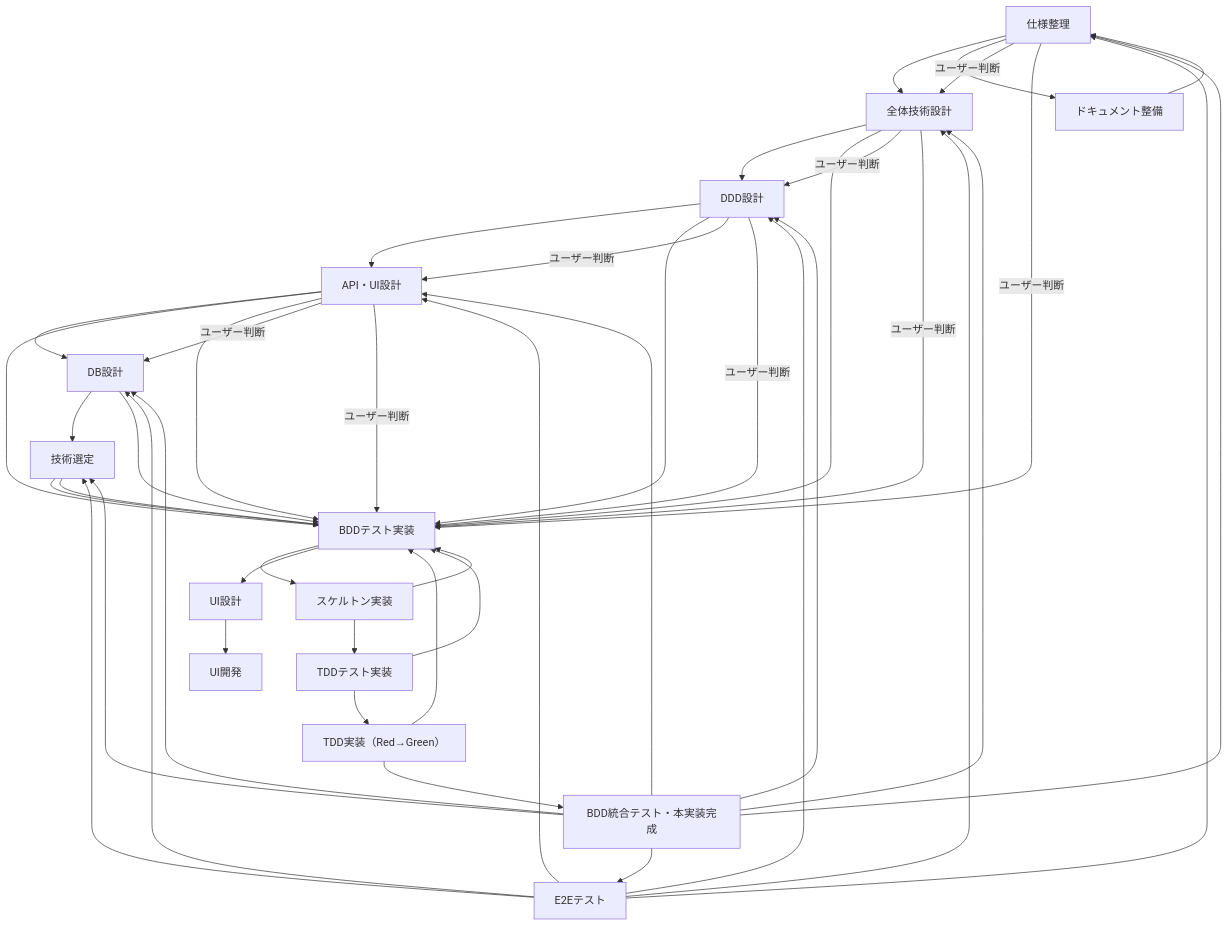
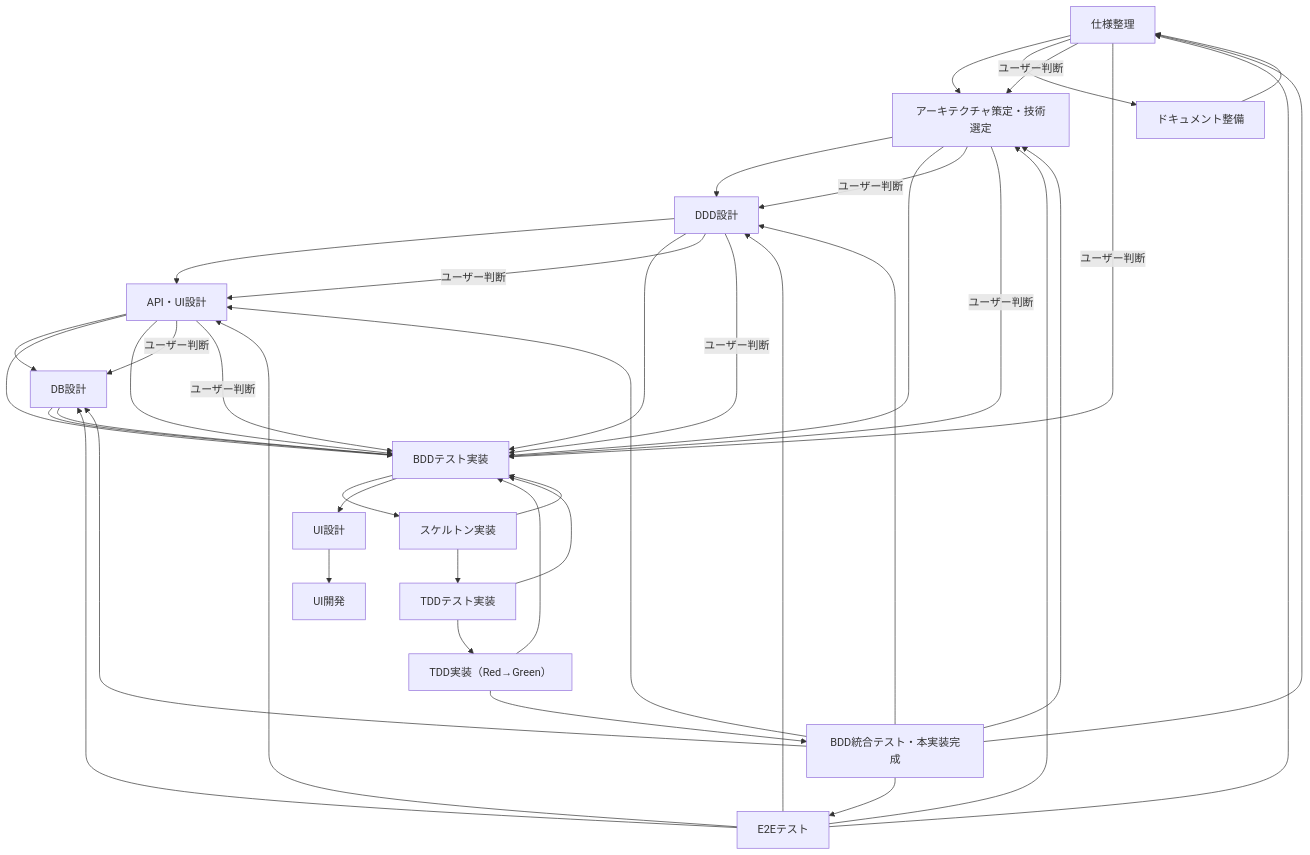
One commit to tanacchi/your-quiz changed the diagram in docs/instructions/shared/workflow/workflow.md. Above: the diagram before and after it, drawn with Mermaid. The commit also changed other lines of this file and 2 other files, not shown here.

First line of the commit message:
improve: enhance architecture workflow documentation

````diff
--- a/docs/instructions/shared/workflow/workflow.md
+++ b/docs/instructions/shared/workflow/workflow.md
@@ -5,51 +5,47 @@
 ```mermaid
 flowchart TD
-  SPEC[仕様整理] --> ARCH[全体技術設計]
+  SPEC[仕様整理] --> ARCH[アーキテクチャ策定・技術選定]
   ARCH --> DDD[DDD設計]
   DDD --> API[API・UI設計]
   API --> DB[DB設計]
-  DB --> TECH[技術選定]
-  TECH --> BDD[BDDテスト実装]
+  DB --> BDD[BDDテスト実装]
   BDD --> SKEL[スケルトン実装]
   API --> BDD
   BDD --> UI_DESIGN[UI設計]
   UI_DESIGN --> UI_DEV[UI開発]
   SKEL --> TDD_TEST[TDDテスト実装]
   TDD_TEST --> TDD_IMPL[TDD実装（Red→Green）]
   TDD_IMPL --> BDD_INTEG[BDD統合テスト・本実装完成]
   BDD_INTEG --> E2E[E2Eテスト]
   SPEC --> DOCS[ドキュメント整備]
   DOCS --> SPEC
 
   %% 反復フロー（要件変更・課題発見時）
   ARCH --> BDD
   DDD --> BDD
   API --> BDD
   DB --> BDD
-  TECH --> BDD
   SKEL --> BDD
   TDD_TEST --> BDD
   TDD_IMPL --> BDD
   BDD_INTEG --> SPEC
   BDD_INTEG --> ARCH
   BDD_INTEG --> DDD
   BDD_INTEG --> API
   BDD_INTEG --> DB
-  BDD_INTEG --> TECH
   E2E --> SPEC
   E2E --> ARCH
   E2E --> DDD
   E2E --> API
   E2E --> DB
-  E2E --> TECH
 
   %% ユーザー承認が必要な判断ポイント
   SPEC --> |ユーザー判断| ARCH
   SPEC --> |ユーザー判断| BDD
   ARCH --> |ユーザー判断| DDD
   ARCH --> |ユーザー判断| BDD
   DDD --> |ユーザー判断| API
   DDD --> |ユーザー判断| BDD
   API --> |ユーザー判断| DB
   API --> |ユーザー判断| BDD
 ```
````
